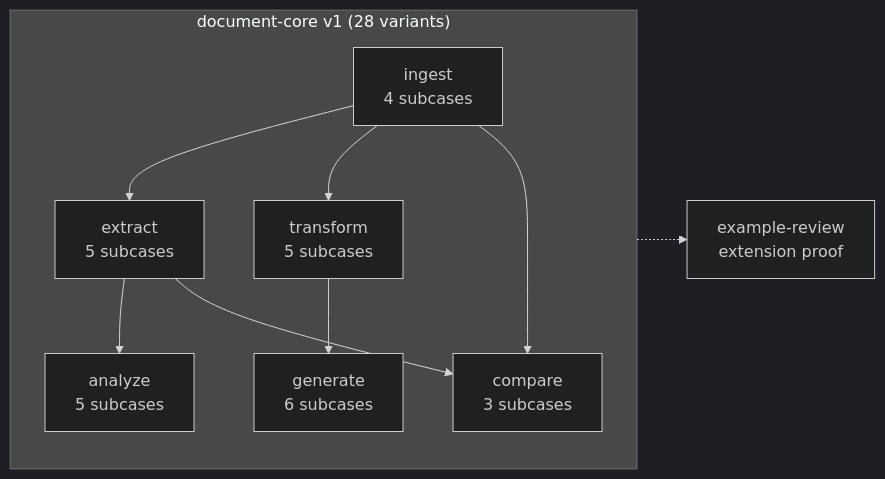
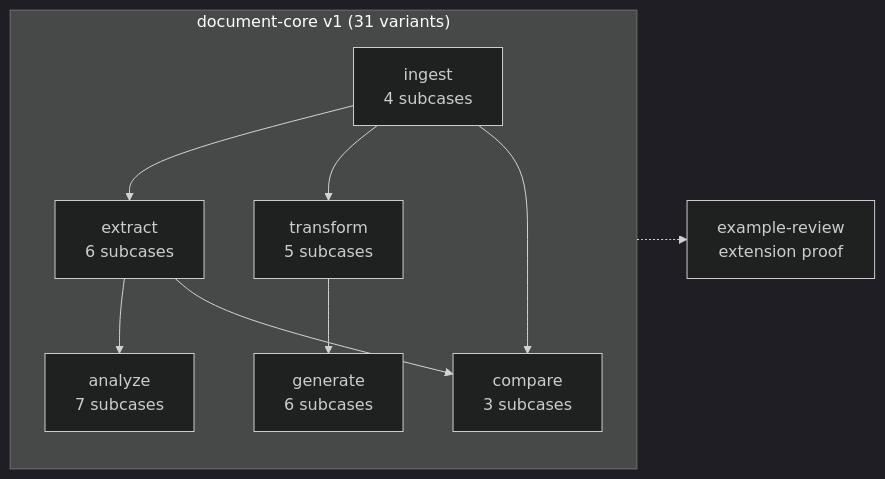
The first of 3 diagrams in du-rework/docs/00-business-analysis.md (OrgGem/dugate), drawn with Mermaid (dark theme) before and after one commit. The commit also changed other lines of this file and 3975 other files, not shown here.

````diff
--- a/du-rework/docs/00-business-analysis.md
+++ b/du-rework/docs/00-business-analysis.md
@@ -9,18 +9,18 @@
 ```mermaid
 flowchart LR
-  subgraph Core["document-core v1 (28 variants)"]
+  subgraph Core["document-core v1 (31 variants)"]
     I[ingest<br/>4 subcases]
-    E[extract<br/>5 subcases]
-    A[analyze<br/>5 subcases]
+    E[extract<br/>6 subcases]
+    A[analyze<br/>7 subcases]
     T[transform<br/>5 subcases]
     G[generate<br/>6 subcases]
     C[compare<br/>3 subcases]
   end
   EXT[example-review<br/>extension proof]
   Core -.-> EXT
 
   I --> E --> A
   I --> T --> G
   I --> C
   E --> C
 ```
````
